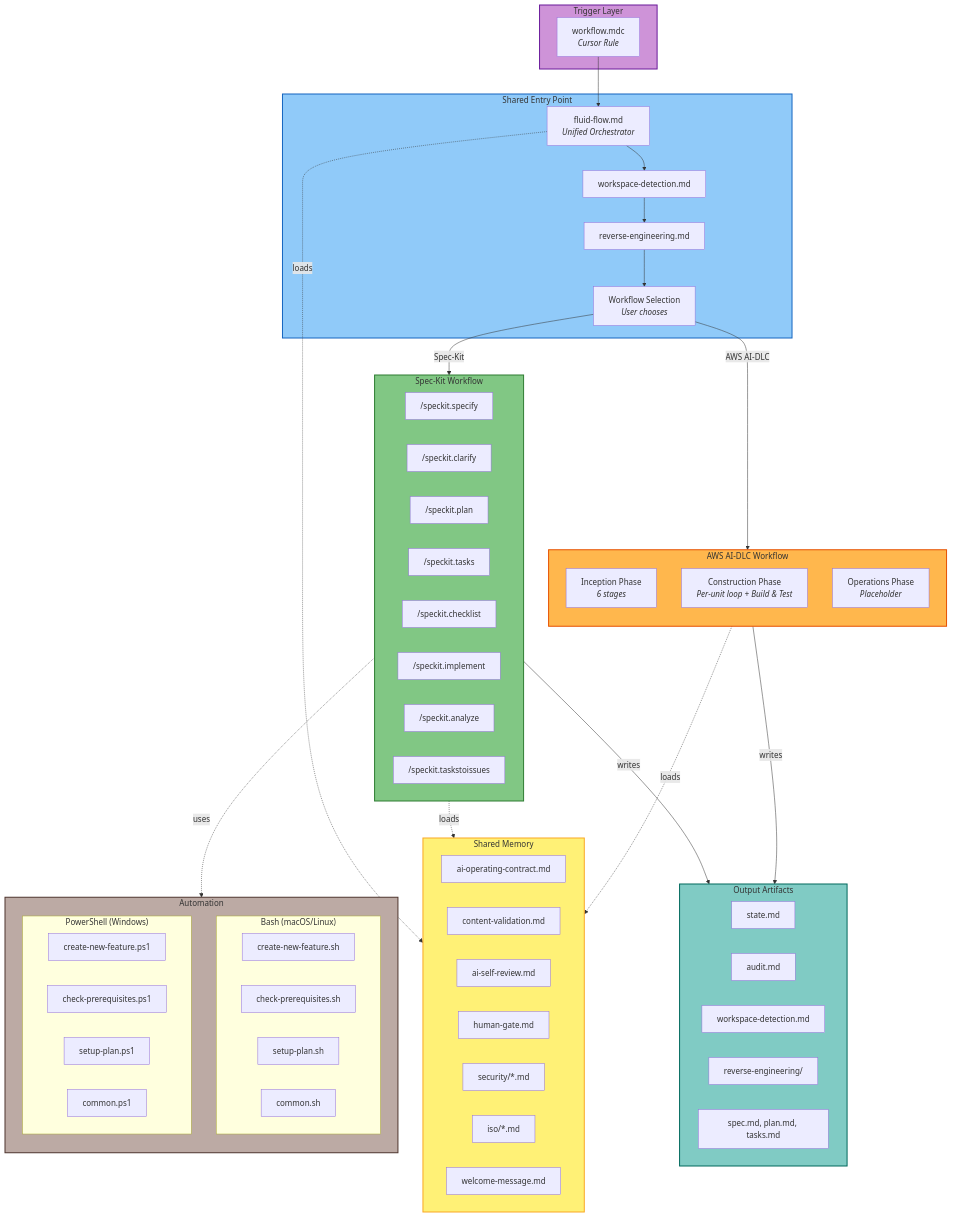
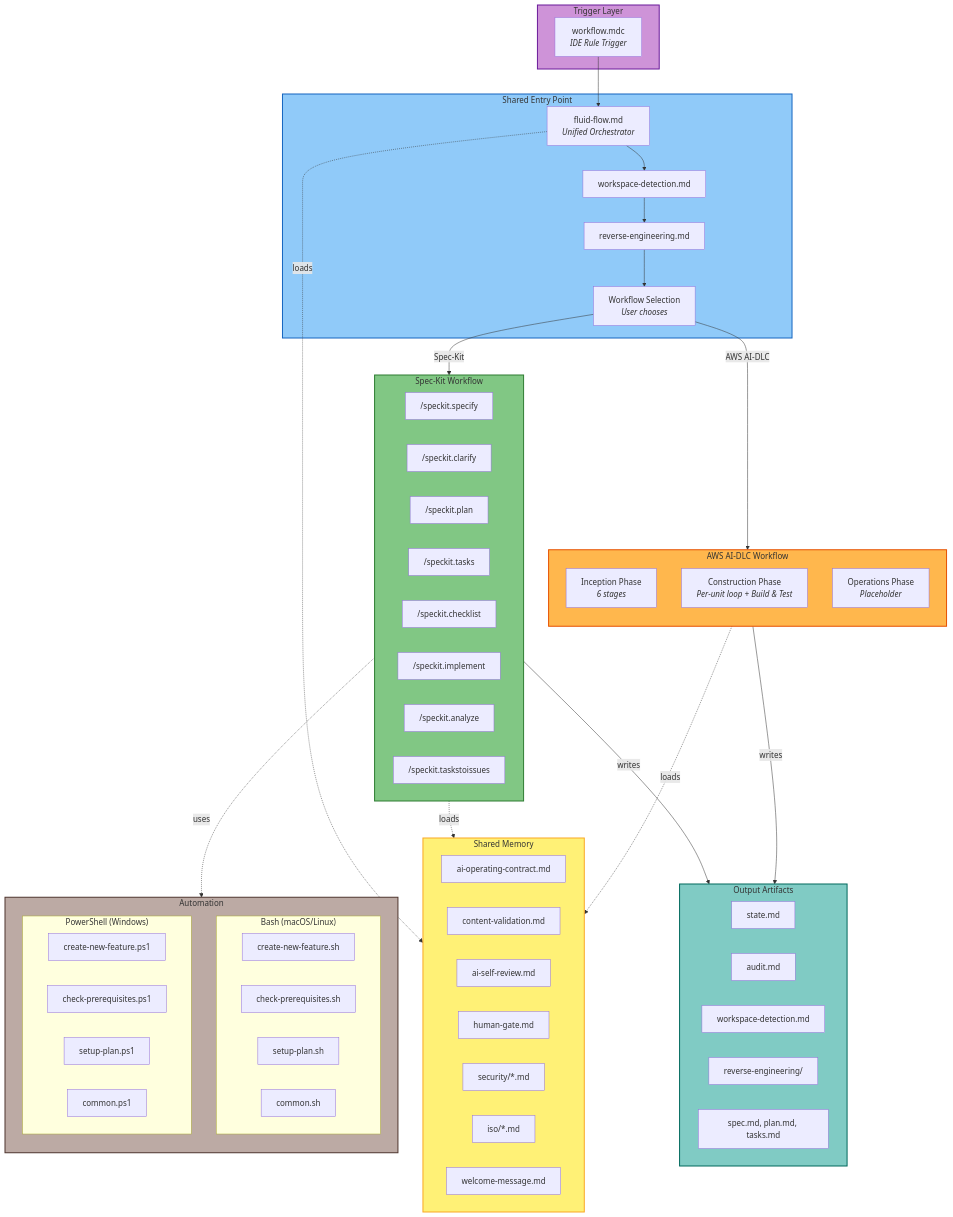
The second of 3 diagrams in docs/ARCHITECTURE.md (premkumarjanagarajan/fluid-flow-ai), drawn with Mermaid before and after one commit. The commit also changed other lines of this file and 5 other files, not shown here.

````diff
--- a/docs/ARCHITECTURE.md
+++ b/docs/ARCHITECTURE.md
@@ -33,7 +33,7 @@
 ```mermaid
 flowchart TB
     subgraph TRIGGER["Trigger Layer"]
-        MDC["workflow.mdc<br/><i>Cursor Rule</i>"]
+        MDC["workflow.mdc<br/><i>IDE Rule Trigger</i>"]
     end
 
     subgraph ENTRY["Shared Entry Point"]
````
